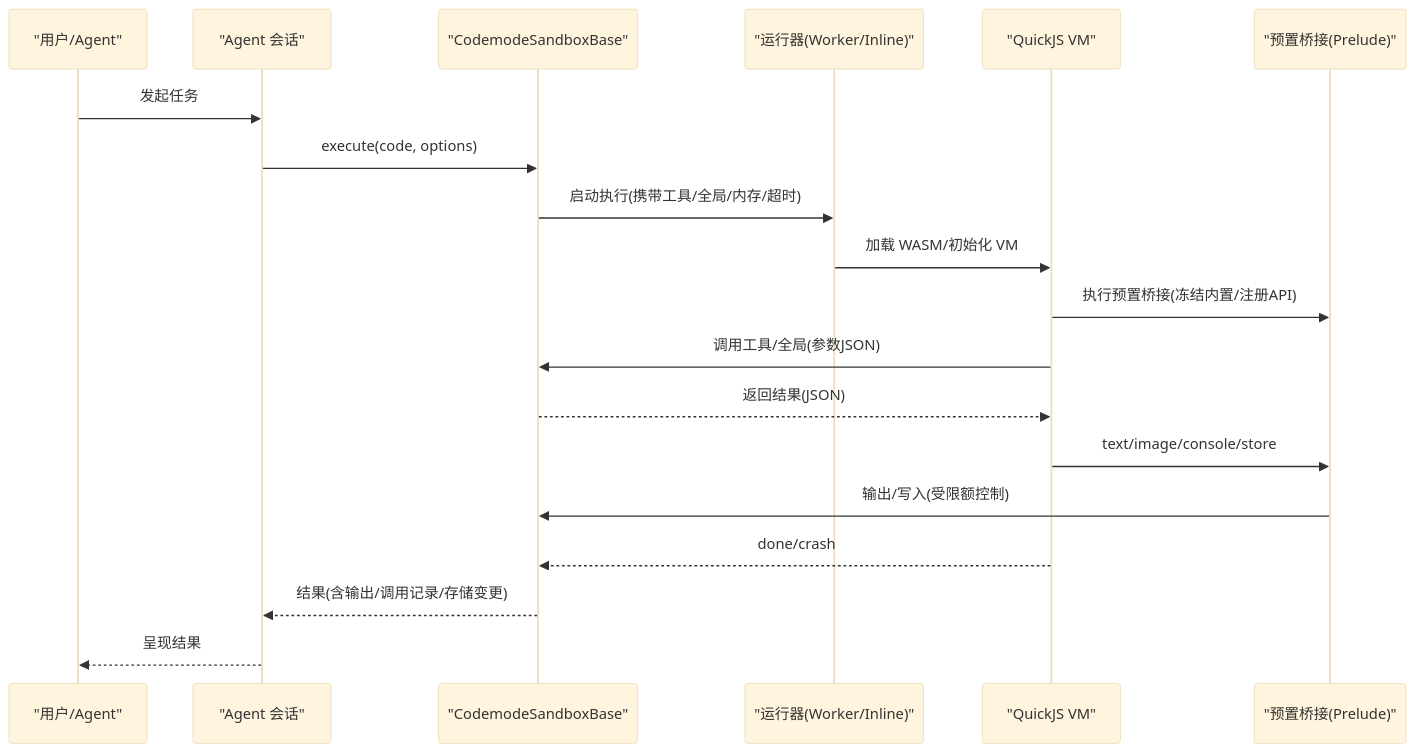
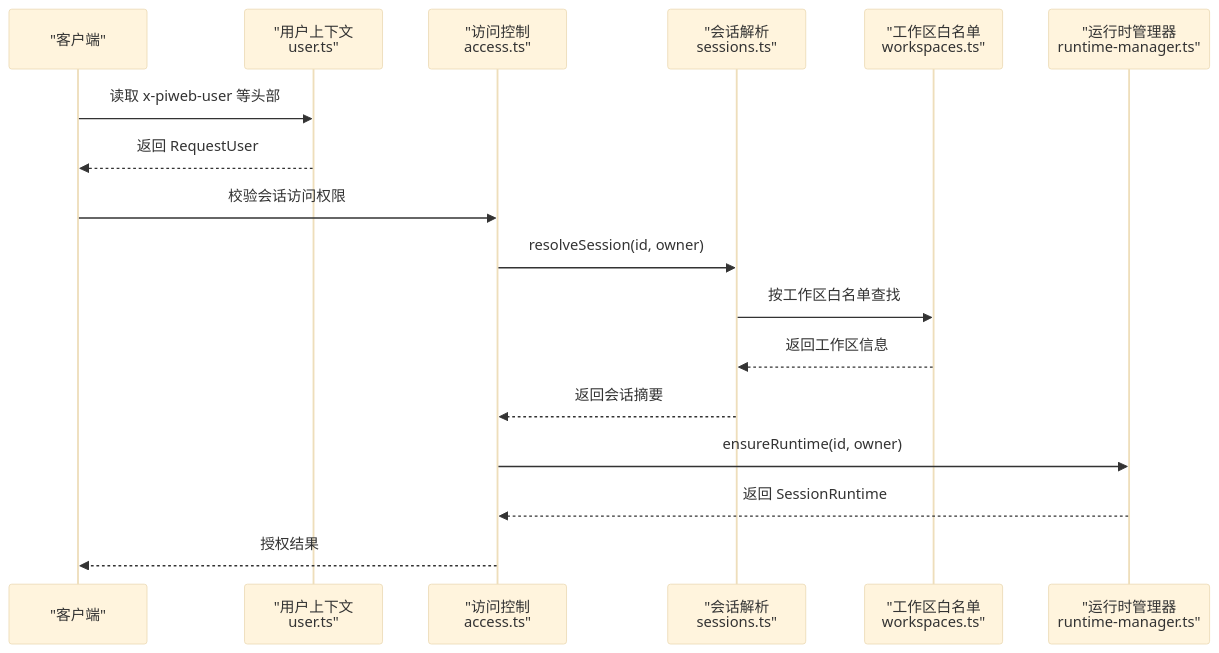
Before and after one commit to FDE-GROUP/oh-my-coding-agent: the second of 6 diagrams in .qoder/repowiki/zh/content/部署与运维/安全加固.md, drawn with Mermaid (base theme). The commit also changed other lines of this file and 410 other files, not shown here.

````diff
--- a/.qoder/repowiki/zh/content/部署与运维/安全加固.md
+++ b/.qoder/repowiki/zh/content/部署与运维/安全加固.md
@@ -116,21 +89,19 @@
 ```mermaid
 sequenceDiagram
-participant U as "用户/Agent"
-participant A as "Agent 会话"
-participant S as "CodemodeSandboxBase"
-participant R as "运行器(Worker/Inline)"
-participant V as "QuickJS VM"
-participant P as "预置桥接(Prelude)"
-U->>A : 发起任务
-A->>S : execute(code, options)
-S->>R : 启动执行(携带工具/全局/内存/超时)
-R->>V : 加载 WASM/初始化 VM
-V->>P : 执行预置桥接(冻结内置/注册API)
-V->>S : 调用工具/全局(参数JSON)
-S-->>V : 返回结果(JSON)
-V->>P : text/image/console/store
-P->>S : 输出/写入(受限额控制)
-V-->>S : done/crash
-S-->>A : 结果(含输出/调用记录/存储变更)
-A-->>U : 呈现结果
+participant Client as "客户端"
+participant UserCtx as "用户上下文<br/>user.ts"
+participant Access as "访问控制<br/>access.ts"
+participant Sessions as "会话解析<br/>sessions.ts"
+participant Workspaces as "工作区白名单<br/>workspaces.ts"
+participant RuntimeMgr as "运行时管理器<br/>runtime-manager.ts"
+Client->>UserCtx : 读取 x-piweb-user 等头部
+UserCtx-->>Client : 返回 RequestUser
+Client->>Access : 校验会话访问权限
+Access->>Sessions : resolveSession(id, owner)
+Sessions->>Workspaces : 按工作区白名单查找
+Workspaces-->>Sessions : 返回工作区信息
+Sessions-->>Access : 返回会话摘要
+Access->>RuntimeMgr : ensureRuntime(id, owner)
+RuntimeMgr-->>Access : 返回 SessionRuntime
+Access-->>Client : 授权结果
 ```
````
